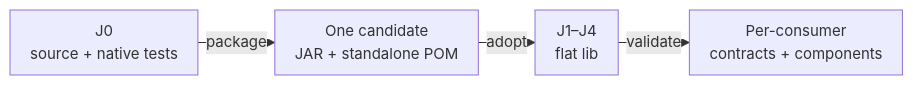
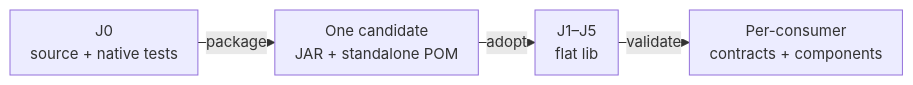
One commit to crististefanita/atf_j0 changed the diagram in docs/ATF_Platform_Libraries.md. Above: the diagram before and after it, drawn with Mermaid. The commit also changed other lines of this file and 62 other files, not shown here.

````diff
--- a/docs/ATF_Platform_Libraries.md
+++ b/docs/ATF_Platform_Libraries.md
@@ -31,7 +32,7 @@
 ```mermaid
 %%{init: {"themeVariables":{"fontSize":"15px"},"themeCSS":".nodeLabel, .nodeLabel p { font-size: 15px !important; line-height: 1.35 !important; } .edgeLabel, .edgeLabel p { font-size: 12px !important; font-weight: 400 !important; line-height: 1.2 !important; } .edgeLabel .labelBkg, .edgeLabel p { background: transparent !important; } .edgeLabel foreignObject { transform: translateY(-18px); overflow: visible; } .node rect { rx: 6px; ry: 6px; }","flowchart":{"curve":"linear","nodeSpacing":24,"rankSpacing":16,"padding":10,"diagramPadding":16}}}%%
 flowchart LR
     Source["J0<br/>source + native tests"] -->|package| Pair["One candidate<br/>JAR + standalone POM"]
-    Pair -->|adopt| Lib["J1–J4<br/>flat lib"]
+    Pair -->|adopt| Lib["J1–J5<br/>flat lib"]
     Lib -->|validate| Acceptance["Per-consumer<br/>contracts + components"]
 ```
````
